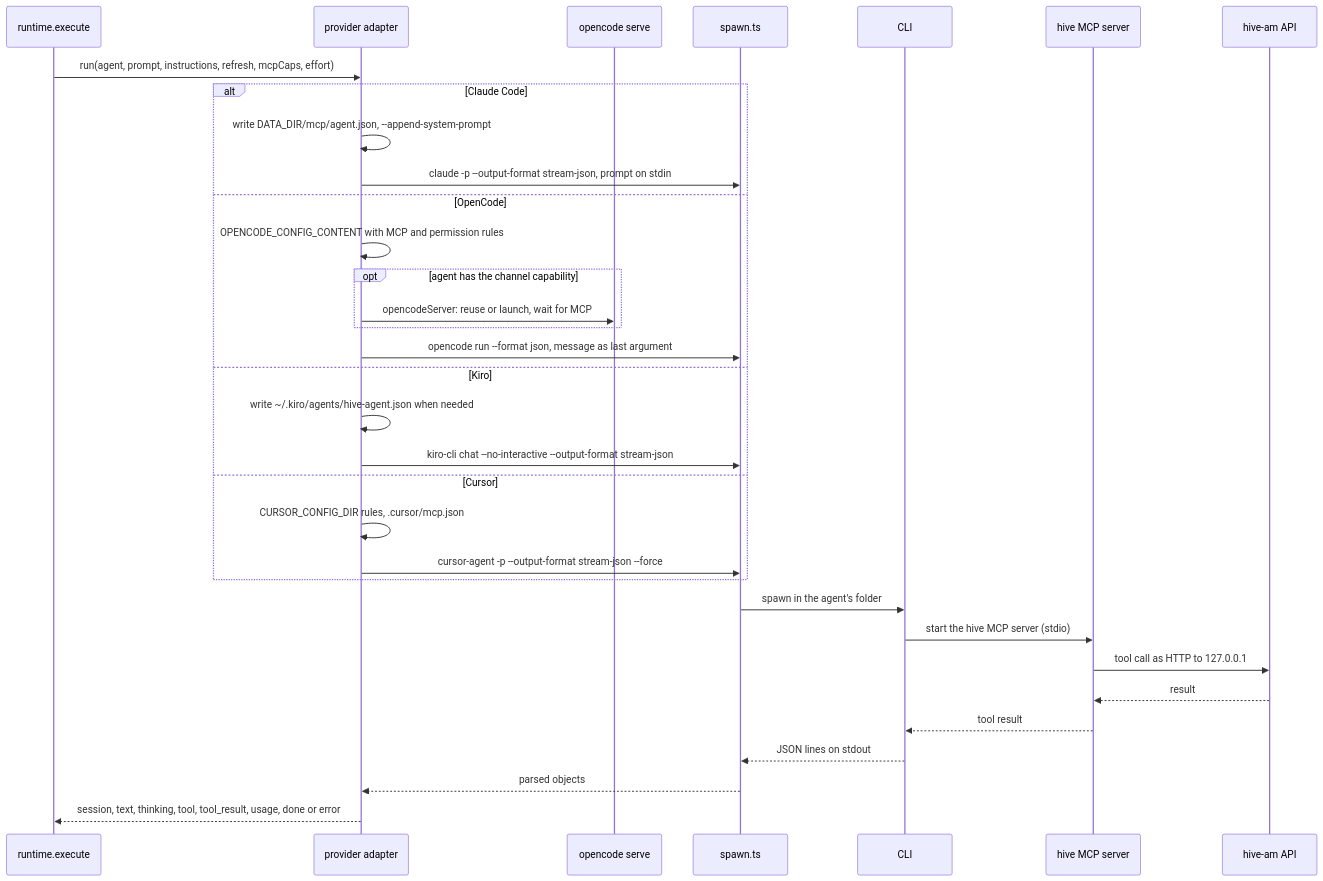
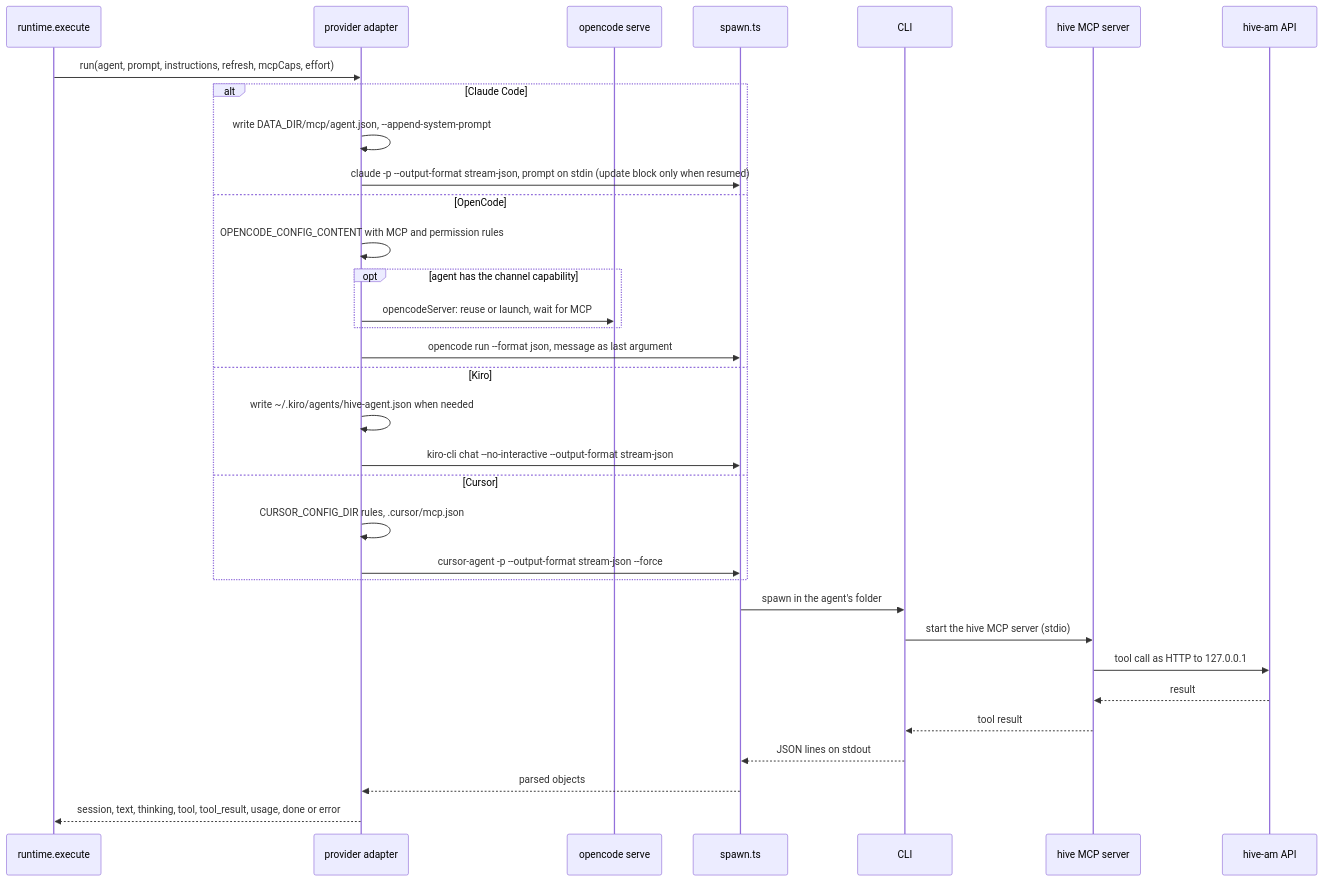
One commit to hughcbscrt/hive-am changed the diagram in docs/diagrams/en/10-providers.md. Above: the diagram before and after it, drawn with Mermaid. The commit also changed other lines of this file and 10 other files, not shown here.

````diff
--- a/docs/diagrams/en/10-providers.md
+++ b/docs/diagrams/en/10-providers.md
@@ -15,36 +15,36 @@
 ```mermaid
 sequenceDiagram
   participant X as runtime.execute
   participant A as provider adapter
   participant O as opencode serve
   participant S as spawn.ts
   participant L as CLI
   participant M as hive MCP server
   participant H as hive-am API
 
   X->>A: run(agent, prompt, instructions, refresh, mcpCaps, effort)
   alt Claude Code
     A->>A: write DATA_DIR/mcp/agent.json, --append-system-prompt
-    A->>S: claude -p --output-format stream-json, prompt on stdin
+    A->>S: claude -p --output-format stream-json, prompt on stdin (update block only when resumed)
   else OpenCode
     A->>A: OPENCODE_CONFIG_CONTENT with MCP and permission rules
     opt agent has the channel capability
       A->>O: opencodeServer: reuse or launch, wait for MCP
     end
     A->>S: opencode run --format json, message as last argument
   else Kiro
     A->>A: write ~/.kiro/agents/hive-agent.json when needed
     A->>S: kiro-cli chat --no-interactive --output-format stream-json
   else Cursor
     A->>A: CURSOR_CONFIG_DIR rules, .cursor/mcp.json
     A->>S: cursor-agent -p --output-format stream-json --force
   end
   S->>L: spawn in the agent's folder
   L->>M: start the hive MCP server (stdio)
   M->>H: tool call as HTTP to 127.0.0.1
   H-->>M: result
   M-->>L: tool result
   L-->>S: JSON lines on stdout
   S-->>A: parsed objects
   A-->>X: session, text, thinking, tool, tool_result, usage, done or error
 ```
````
